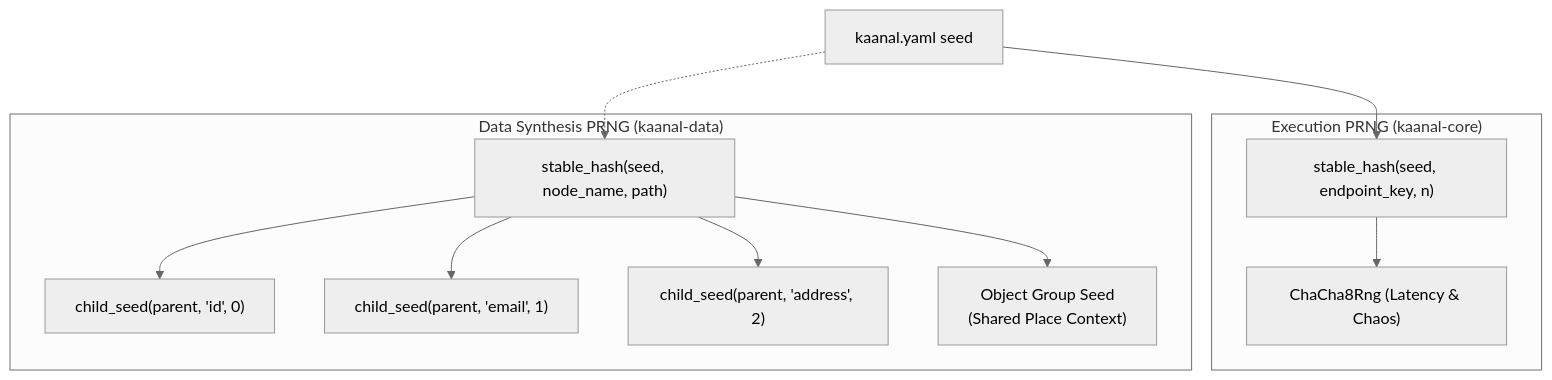
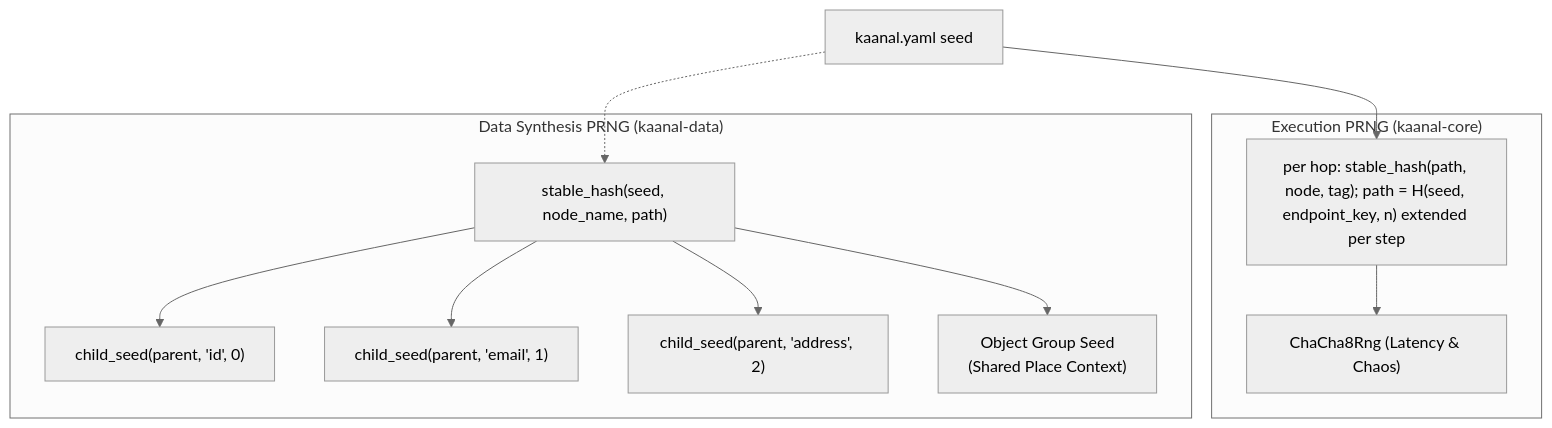
Before and after one commit to Naveen2070/kaanal: the fifth of 7 diagrams in docs/source/architecture.md, drawn with Mermaid (neutral theme). The commit also changed 41 other files, not shown here.

First line of the commit message:
Add endpoint chains: config surface, compile and timeline executor

````diff
--- a/docs/source/architecture.md
+++ b/docs/source/architecture.md
@@ -190,24 +190,24 @@
 ```mermaid
 flowchart TD
     ConfigSeed["kaanal.yaml seed"]
     
     subgraph Execution["Execution PRNG (kaanal-core)"]
-        ExecSeed["stable_hash(seed, endpoint_key, n)"]
+        ExecSeed["per hop: stable_hash(path, node, tag); path = H(seed, endpoint_key, n) extended per step"]
         ChaChaExec["ChaCha8Rng (Latency & Chaos)"]
     end
 
     subgraph DataGen["Data Synthesis PRNG (kaanal-data)"]
         BodySeed["stable_hash(seed, node_name, path)"]
         Field1["child_seed(parent, 'id', 0)"]
         Field2["child_seed(parent, 'email', 1)"]
         Field3["child_seed(parent, 'address', 2)"]
         GroupSeed["Object Group Seed<br/>(Shared Place Context)"]
     end
 
     ConfigSeed --> ExecSeed --> ChaChaExec
     ConfigSeed -.-> BodySeed
     BodySeed --> Field1
     BodySeed --> Field2
     BodySeed --> Field3
     BodySeed --> GroupSeed
 ```
````
